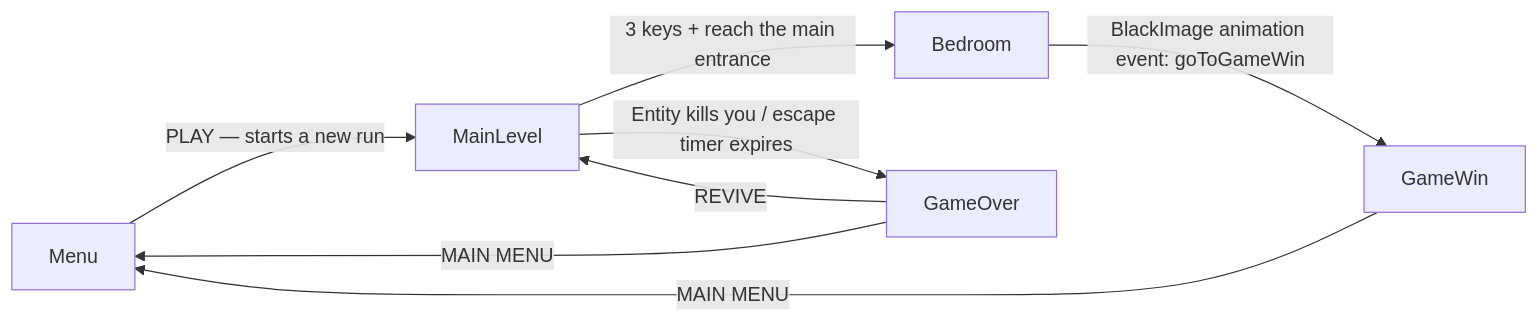
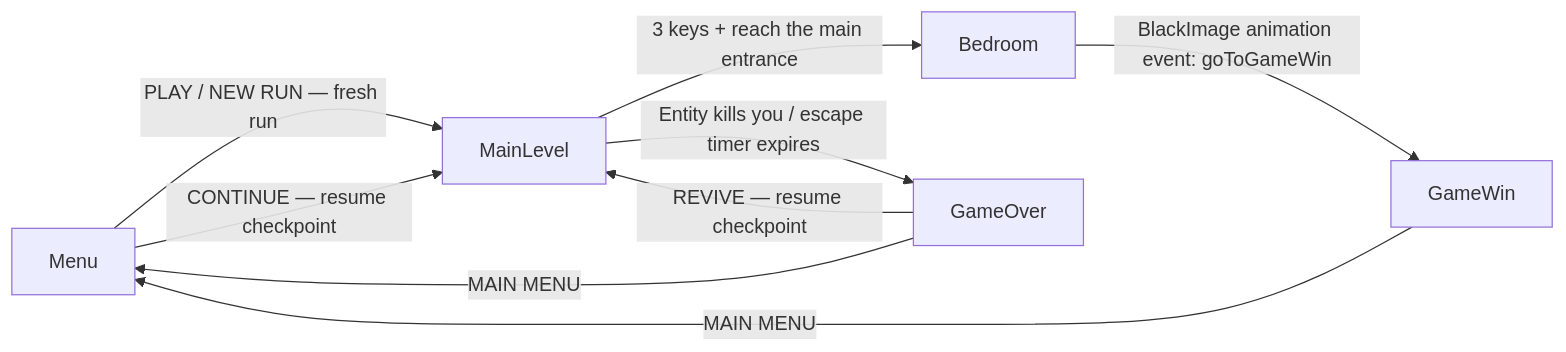
The first of 2 diagrams in README.md (HAMZAPOWERPLAYER/last-bell), drawn with Mermaid before and after one commit. The commit also changed other lines of this file and 20 other files, not shown here.

````diff
--- a/README.md
+++ b/README.md
@@ -208,10 +216,11 @@
 ```mermaid
 flowchart LR
-    A["Menu"] -->|"PLAY — starts a new run"| B["MainLevel"]
+    A["Menu"] -->|"PLAY / NEW RUN — fresh run"| B["MainLevel"]
+    A -->|"CONTINUE — resume checkpoint"| B
     B -->|"3 keys + reach the main entrance"| C["Bedroom"]
     B -->|"Entity kills you / escape timer expires"| D["GameOver"]
     C -->|"BlackImage animation event: goToGameWin"| E["GameWin"]
-    D -->|"REVIVE"| B
+    D -->|"REVIVE — resume checkpoint"| B
     D -->|"MAIN MENU"| A
     E -->|"MAIN MENU"| A
 ```
````
